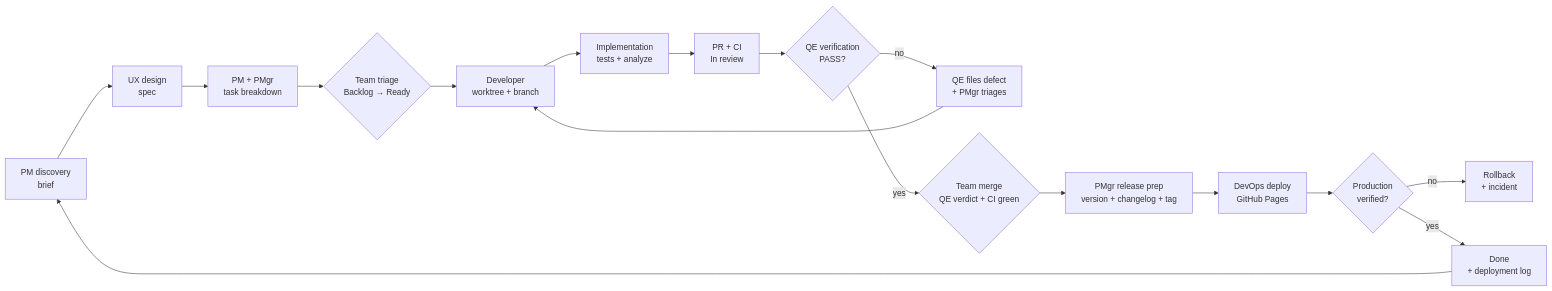
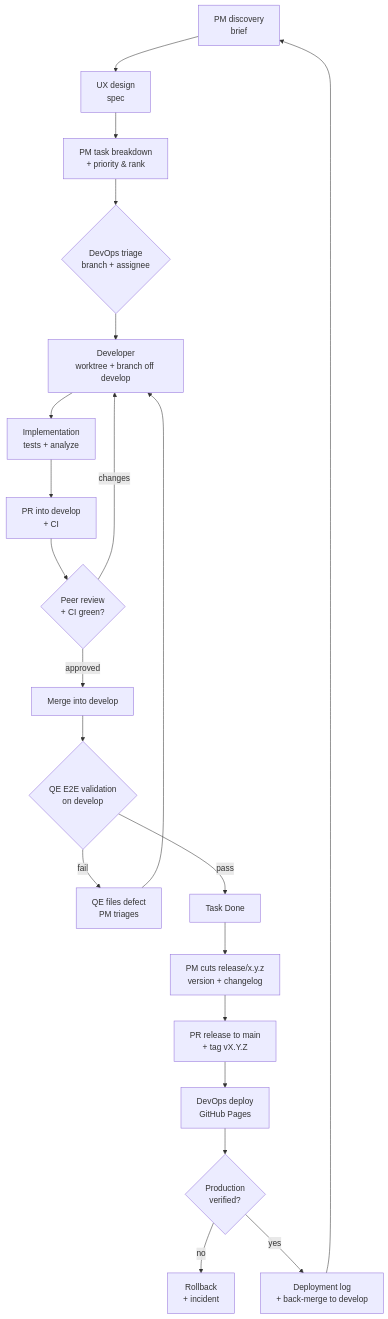
The diagram in docs/agent-team.md (y0n1/bust_a_move_clone), drawn with Mermaid before and after one commit. The commit also changed other lines of this file and 21 other files, not shown here.

First line of the commit message:
docs(team): consolidate PM role, split triage, adopt Gitflow and Conventional Commits

````diff
--- a/docs/agent-team.md
+++ b/docs/agent-team.md
@@ -99,19 +107,22 @@
 ```mermaid
-flowchart LR
+flowchart TD
     A[PM discovery<br/>brief] --> B[UX design<br/>spec]
-    B --> C[PM + PMgr<br/>task breakdown]
-    C --> D{Team triage<br/>Backlog → Ready}
-    D --> E[Developer<br/>worktree + branch]
+    B --> C[PM task breakdown<br/>+ priority & rank]
+    C --> D{DevOps triage<br/>branch + assignee}
+    D --> E[Developer<br/>worktree + branch off develop]
     E --> F[Implementation<br/>tests + analyze]
-    F --> G[PR + CI<br/>In review]
-    G --> H{QE verification<br/>PASS?}
-    H -- no --> Q[QE files defect<br/>+ PMgr triages]
-    Q --> E
-    H -- yes --> I{Team merge<br/>QE verdict + CI green}
-    I --> J[PMgr release prep<br/>version + changelog + tag]
-    J --> K[DevOps deploy<br/>GitHub Pages]
-    K --> L{Production<br/>verified?}
-    L -- no --> M[Rollback<br/>+ incident]
-    L -- yes --> N[Done<br/>+ deployment log]
-    N --> A
+    F --> G[PR into develop<br/>+ CI]
+    G --> H{Peer review<br/>+ CI green?}
+    H -- changes --> E
+    H -- approved --> I[Merge into develop]
+    I --> J{QE E2E validation<br/>on develop}
+    J -- fail --> Q[QE files defect<br/>PM triages] --> E
+    J -- pass --> N[Task Done]
+    N --> O[PM cuts release/x.y.z<br/>version + changelog]
+    O --> P[PR release to main<br/>+ tag vX.Y.Z]
+    P --> R[DevOps deploy<br/>GitHub Pages]
+    R --> S{Production<br/>verified?}
+    S -- no --> T[Rollback<br/>+ incident]
+    S -- yes --> U[Deployment log<br/>+ back-merge to develop]
+    U --> A
 ```
````
